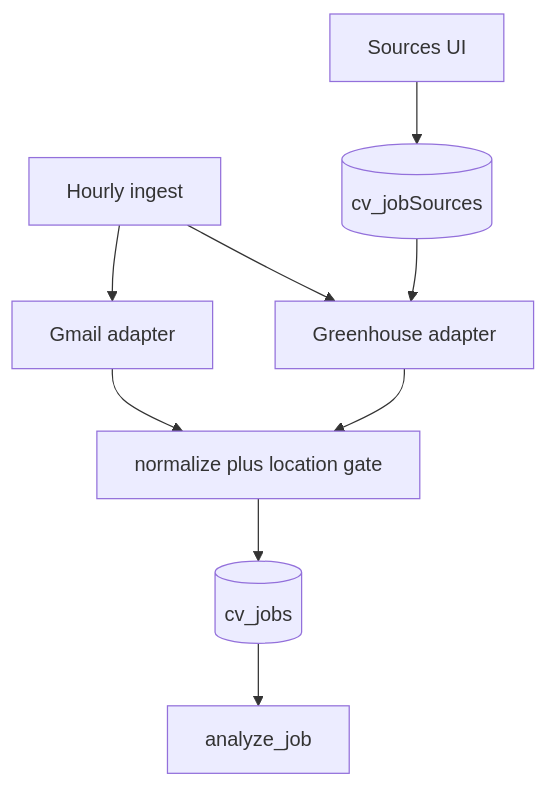
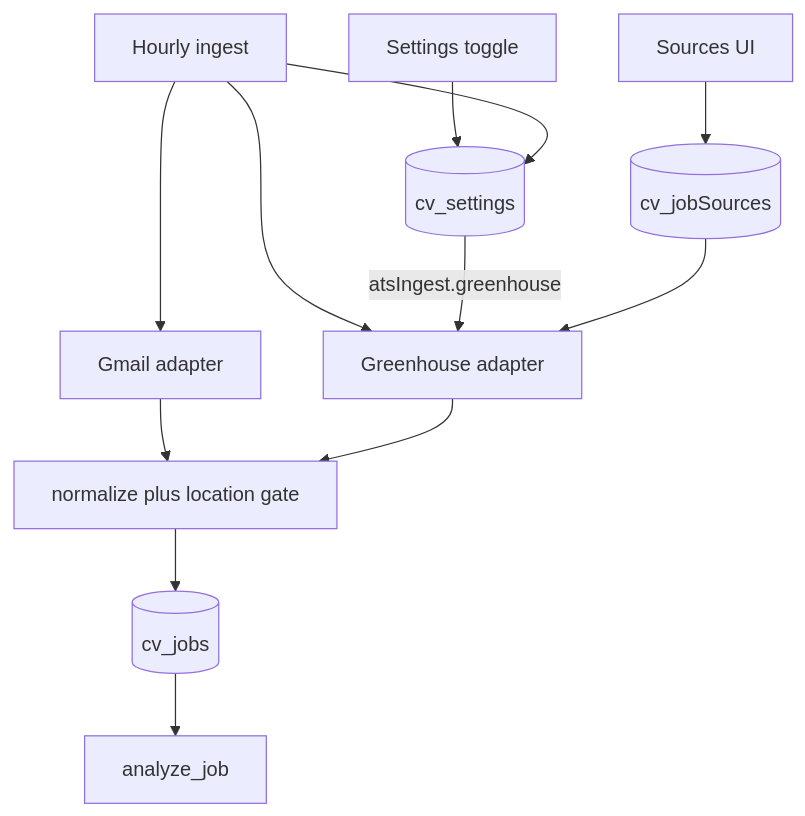
The diagram in .cursor/plans/cv_stage_2b_greenhouse_97efff77.plan.md (oscoDOTblog/dtp-yui), drawn with Mermaid before and after one commit. The commit also changed other lines of this file and 128 other files, not shown here.

````diff
--- a/.cursor/plans/cv_stage_2b_greenhouse_97efff77.plan.md
+++ b/.cursor/plans/cv_stage_2b_greenhouse_97efff77.plan.md
@@ -39,20 +42,25 @@
 ```mermaid
 flowchart TD
   cron[Hourly ingest]
+  settings[(cv_settings)]
   gmail[Gmail adapter]
   gh[Greenhouse adapter]
   sources[(cv_jobSources)]
   norm[normalize plus location gate]
   jobs[(cv_jobs)]
   analyze[analyze_job]
+  settingsUi[Settings toggle]
   ui[Sources UI]
 
+  settingsUi --> settings
+  cron --> settings
   cron --> gmail
   cron --> gh
+  settings -->|"atsIngest.greenhouse"| gh
   sources --> gh
   gmail --> norm
   gh --> norm
   norm --> jobs
   jobs --> analyze
   ui --> sources
 ```
````
